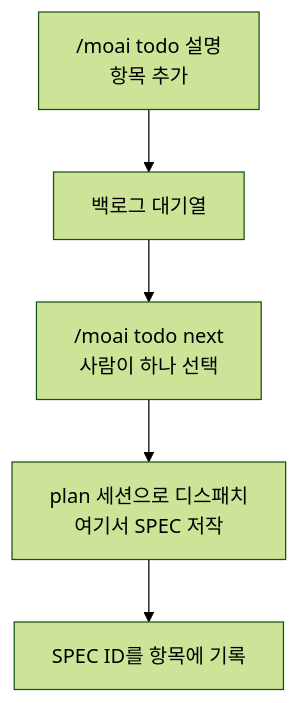
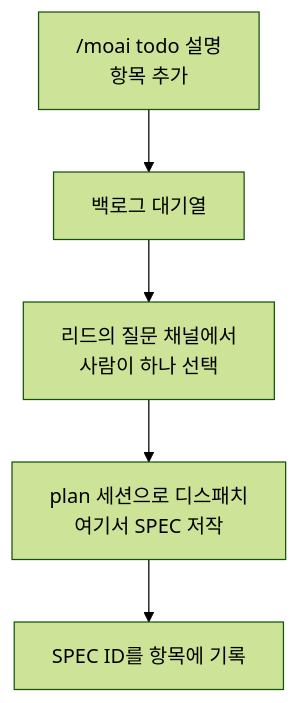
One commit to modu-ai/moai-adk changed the diagram in docs-site/content/ko/utility-commands/moai-todo.md. Above: the diagram before and after it, drawn with Mermaid (forest theme). The commit also changed other lines of this file and 8 other files, not shown here.

````diff
--- a/docs-site/content/ko/utility-commands/moai-todo.md
+++ b/docs-site/content/ko/utility-commands/moai-todo.md
@@ -27,7 +27,7 @@
 ```mermaid
 flowchart TD
     Add["/moai todo 설명<br/>항목 추가"] --> Queue["백로그 대기열"]
-    Queue --> Pick["/moai todo next<br/>사람이 하나 선택"]
+    Queue --> Pick["리드의 질문 채널에서<br/>사람이 하나 선택"]
     Pick --> Plan["plan 세션으로 디스패치<br/>여기서 SPEC 저작"]
     Plan --> Spec["SPEC ID를 항목에 기록"]
 ```
````
